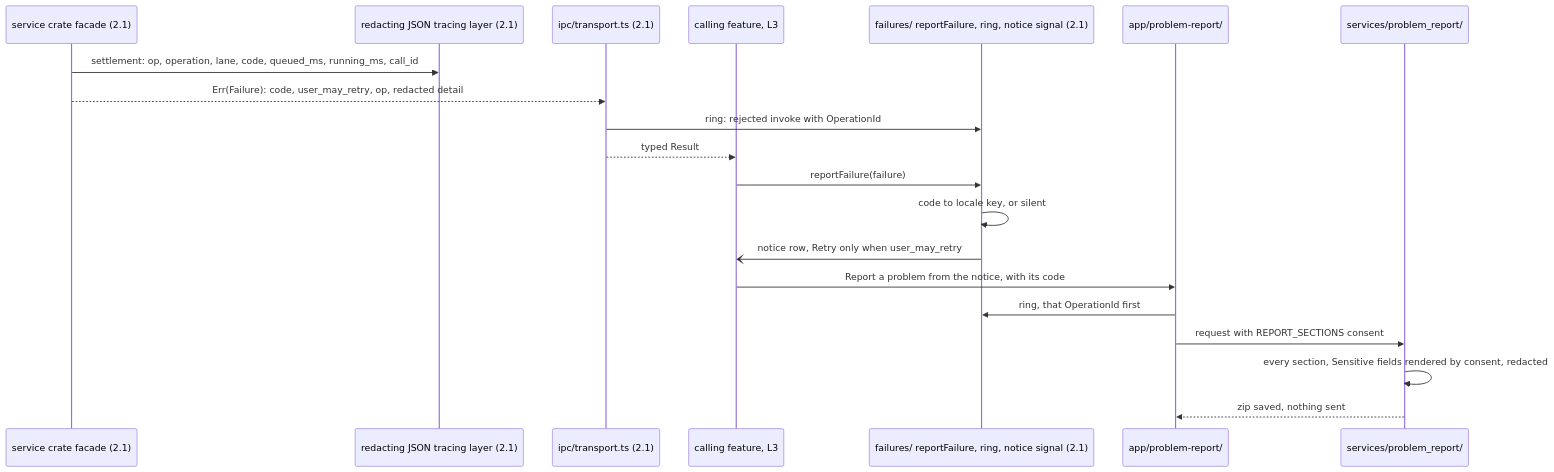
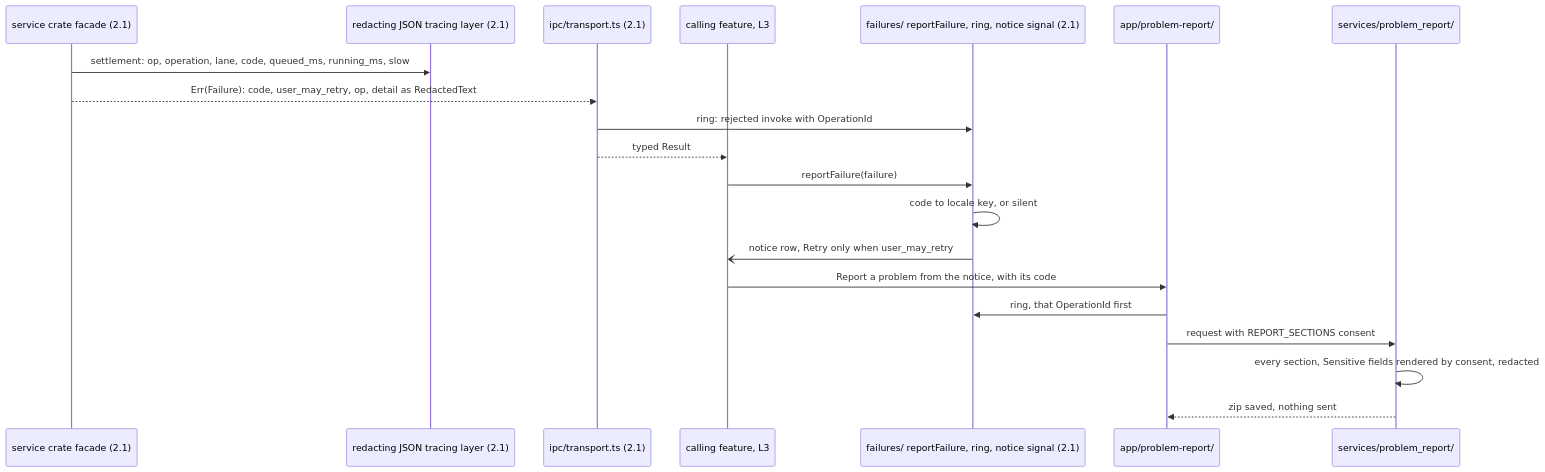
Before and after one commit to opencanopi/canopi: the fifth of 7 diagrams in docs/architecture/flows-services.md, drawn with Mermaid. The commit also changed other lines of this file and 33 other files, not shown here.

Commit message:
docs: apply the architecture review's findings to ADRs, plan, contracts, ledger and model

````diff
--- a/docs/architecture/flows-services.md
+++ b/docs/architecture/flows-services.md
@@ -149,22 +154,22 @@
 ```mermaid
 sequenceDiagram
   participant SVC as service crate facade (2.1)
   participant LOG as redacting JSON tracing layer (2.1)
   participant IPC as ipc/transport.ts (2.1)
   participant C as calling feature, L3
   participant FR as failures/ reportFailure, ring, notice signal (2.1)
   participant PR as app/problem-report/
   participant RB as services/problem_report/
-  SVC->>LOG: settlement: op, operation, lane, code, queued_ms, running_ms, call_id
-  SVC-->>IPC: Err(Failure): code, user_may_retry, op, redacted detail
+  SVC->>LOG: settlement: op, operation, lane, code, queued_ms, running_ms, slow
+  SVC-->>IPC: Err(Failure): code, user_may_retry, op, detail as RedactedText
   IPC->>FR: ring: rejected invoke with OperationId
   IPC-->>C: typed Result
   C->>FR: reportFailure(failure)
   FR->>FR: code to locale key, or silent
   FR-)C: notice row, Retry only when user_may_retry
   C->>PR: Report a problem from the notice, with its code
   PR->>FR: ring, that OperationId first
   PR->>RB: request with REPORT_SECTIONS consent
   RB->>RB: every section, Sensitive fields rendered by consent, redacted
   RB-->>PR: zip saved, nothing sent
 ```
````
